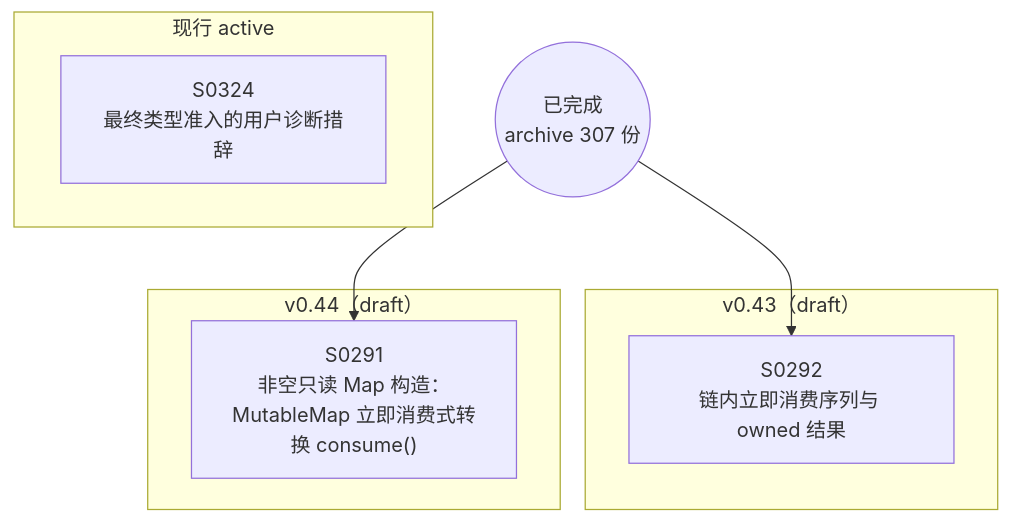
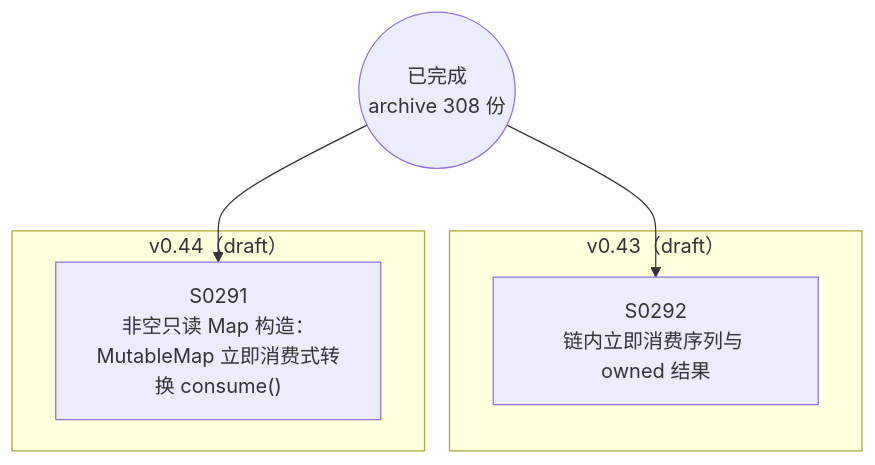
The diagram in docs/specs/dependency-graph.md (Halckon/Koven), drawn with Mermaid before and after one commit. The commit also changed other lines of this file and 9 other files, not shown here.

````diff
--- a/docs/specs/dependency-graph.md
+++ b/docs/specs/dependency-graph.md
@@ -9,15 +9,12 @@
 ```mermaid
 flowchart TD
-ARCH(("已完成<br/>archive 307 份"))
-subgraph Gactive["现行 active"]
-  S0324["S0324<br/>最终类型准入的用户诊断措辞"]
-end
+ARCH(("已完成<br/>archive 308 份"))
 subgraph Gdrafts_v043["v0.43（draft）"]
   S0292["S0292<br/>链内立即消费序列与 owned 结果"]
 end
 subgraph Gdrafts_v044["v0.44（draft）"]
   S0291["S0291<br/>非空只读 Map 构造：MutableMap 立即消费式转换 consume()"]
 end
 ARCH --> S0291
 ARCH --> S0292
 ```
````
